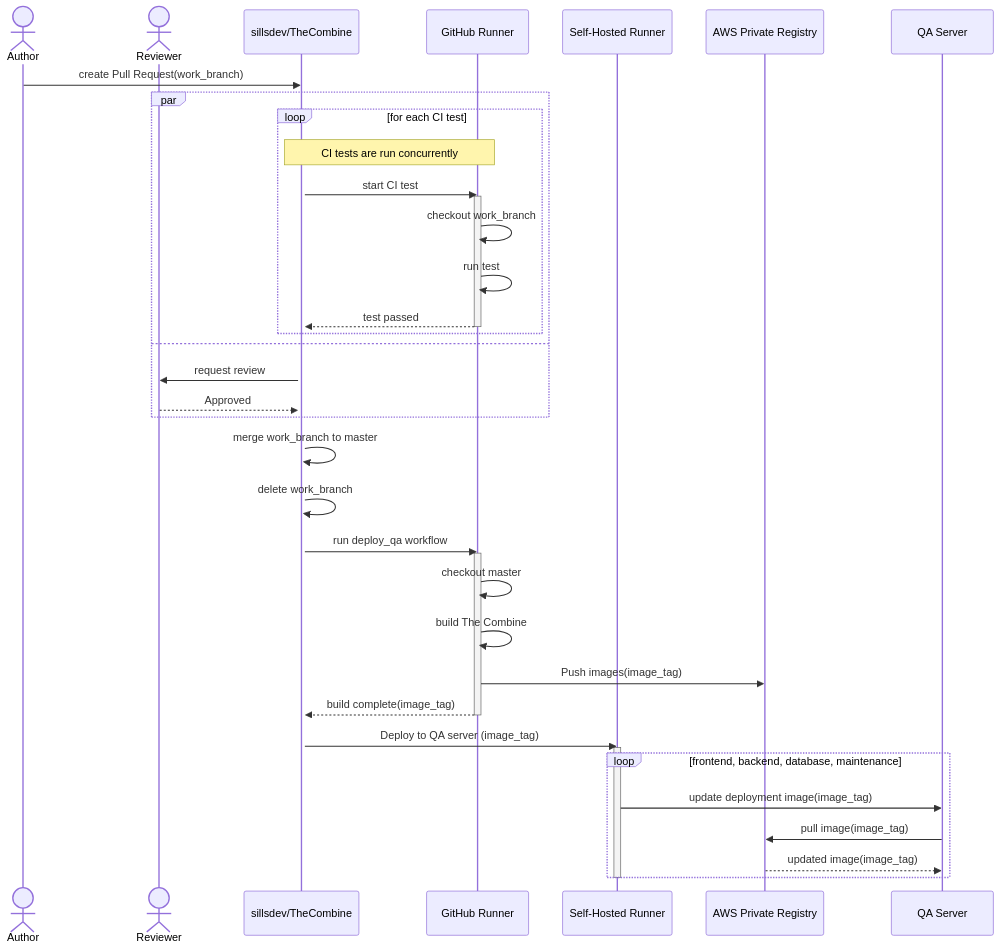
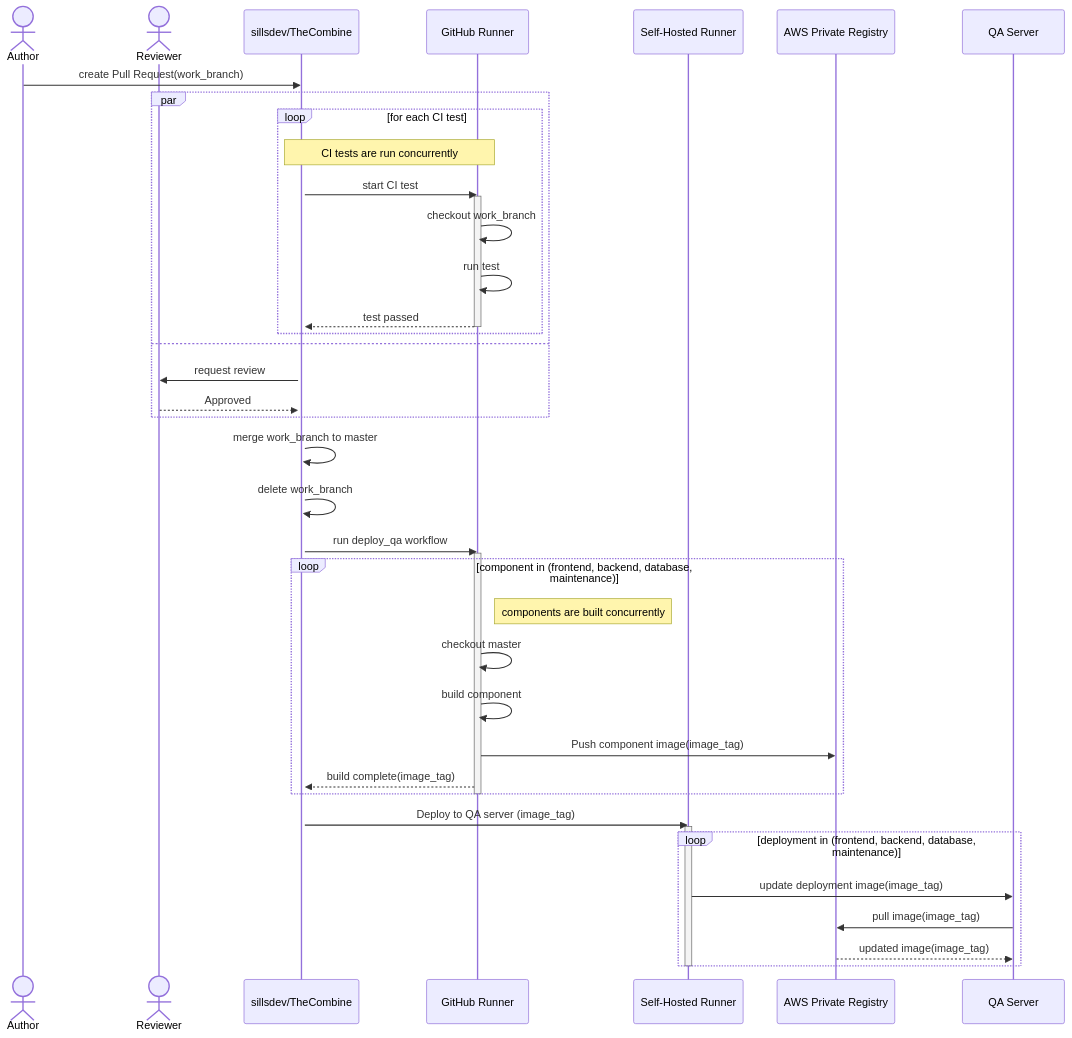
Before and after one commit to sillsdev/TheCombine: the first of 2 diagrams in README.md, drawn with Mermaid. The commit also changed other lines of this file, not shown here.

Commit message:
Clarify loop variable in CI/CD diagrams

````diff
--- a/README.md
+++ b/README.md
@@ -968,43 +968,46 @@
 ```mermaid
 sequenceDiagram
    actor Author
    actor Reviewer
    participant github as sillsdev/TheCombine
    participant gh_runner as GitHub Runner
    participant sh_runner as Self-Hosted Runner
    participant reg as AWS Private Registry
    participant server as QA Server
    Author ->> github: create Pull Request(work_branch)
    activate github
    par
       loop for each CI test
         Note over github,gh_runner: CI tests are run concurrently
         github ->> gh_runner: start CI test
          activate gh_runner
             gh_runner ->> gh_runner: checkout work_branch
             gh_runner ->> gh_runner: run test
             gh_runner -->> github: test passed
          deactivate gh_runner
       end
    and
       github ->> Reviewer: request review
       Reviewer -->> github: Approved
    end
    github ->> github: merge work_branch to master
    github ->> github: delete work_branch
    github ->> gh_runner: run deploy_qa workflow
    activate gh_runner
-   gh_runner ->> gh_runner: checkout master
-   gh_runner ->> gh_runner: build The Combine
-   gh_runner ->> reg: Push images(image_tag)
-   gh_runner -->> github: build complete(image_tag)
+   loop component in (frontend, backend, database, maintenance)
+      Note right of gh_runner: components are built concurrently
+      gh_runner ->> gh_runner: checkout master
+      gh_runner ->> gh_runner: build component
+      gh_runner ->> reg: Push component image(image_tag)
+      gh_runner -->> github: build complete(image_tag)
+   end
    deactivate gh_runner
    github ->> sh_runner: Deploy to QA server (image_tag)
    activate sh_runner
-   loop frontend, backend, database, maintenance
+   loop deployment in (frontend, backend, database, maintenance)
       sh_runner ->> server: update deployment image(image_tag)
       server ->> reg: pull image(image_tag)
       reg -->> server: updated image(image_tag)
    end
    deactivate sh_runner
 ```
````
